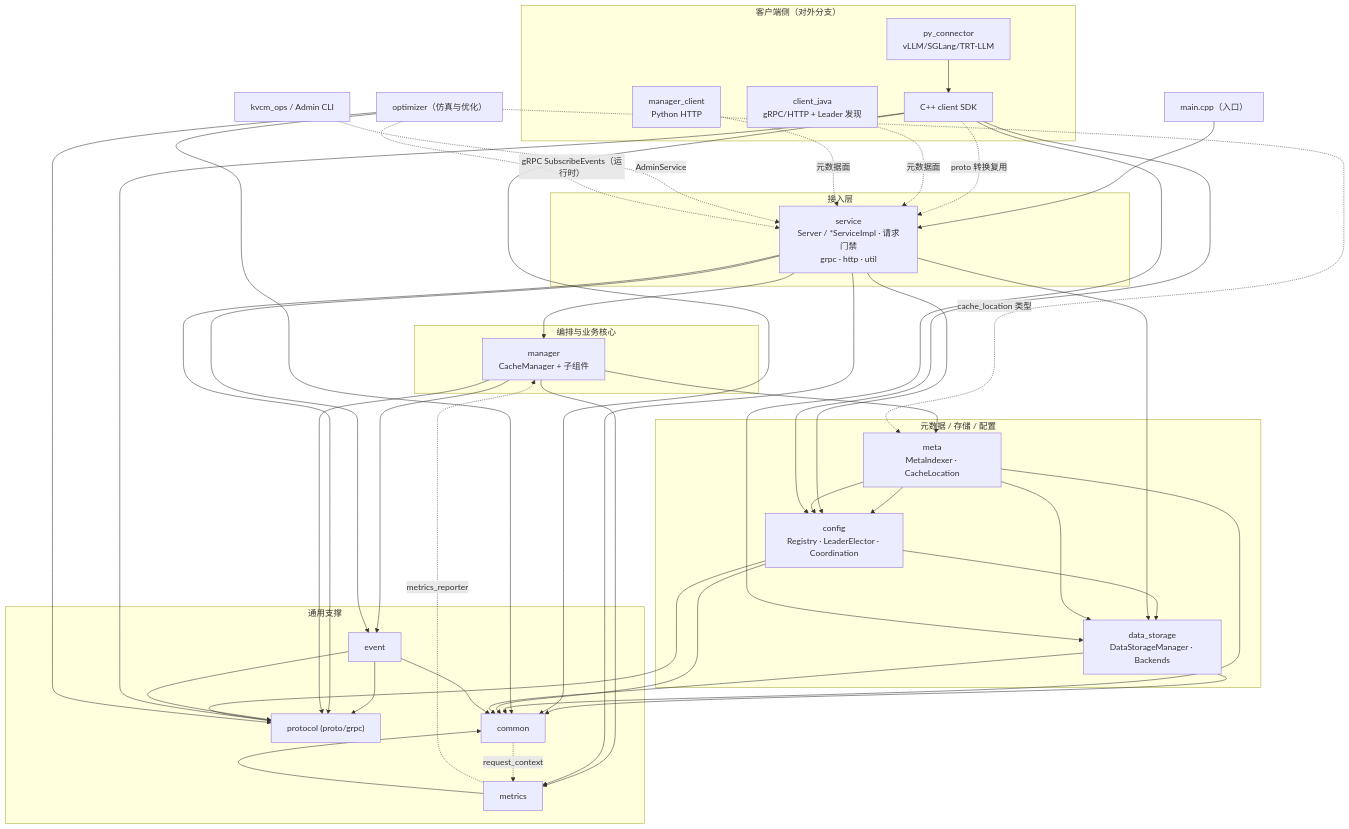
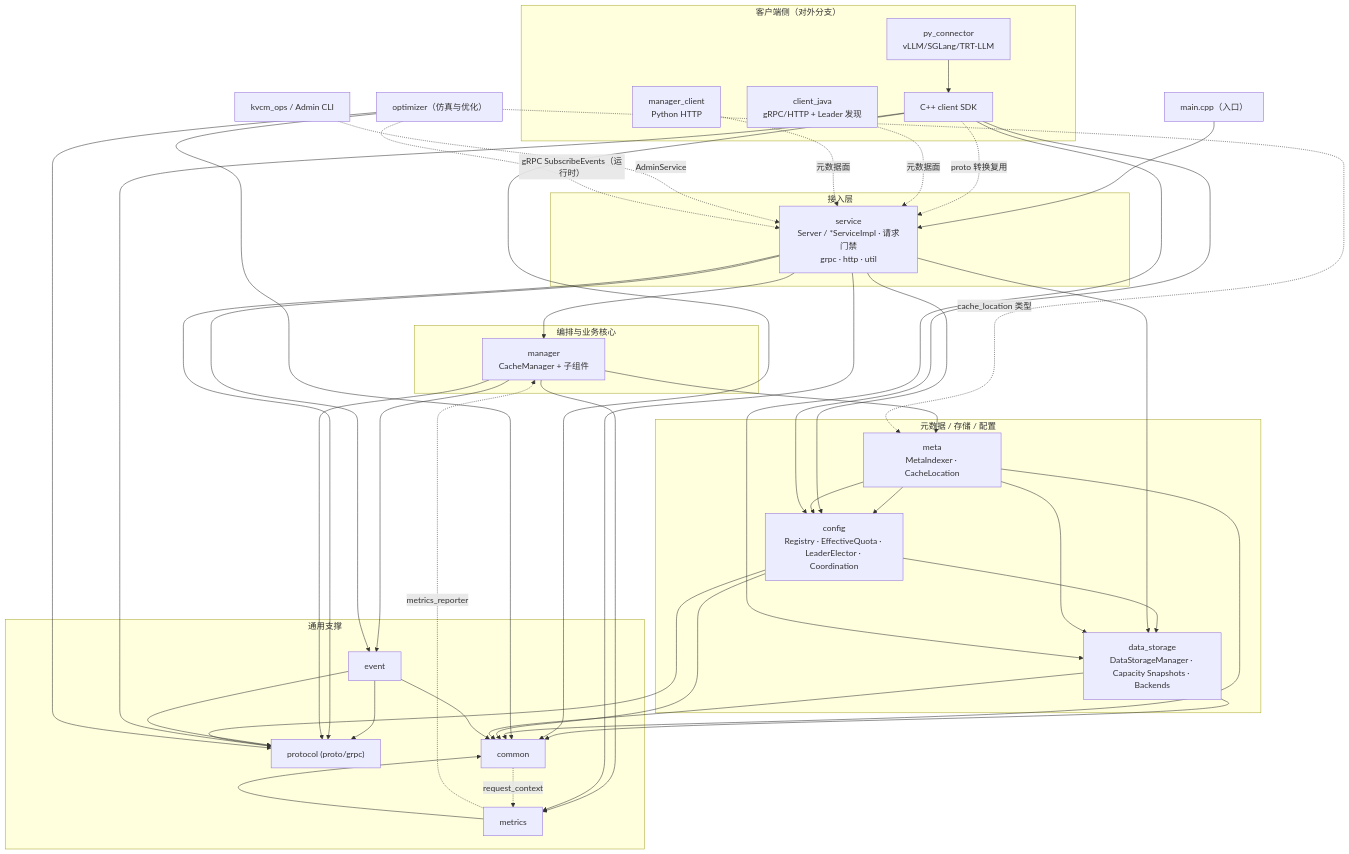
The first of 3 diagrams in docs/design/module_architecture.md (alibaba/tair-kvcache), drawn with Mermaid before and after one commit. The commit also changed other lines of this file and 46 other files, not shown here.

First line of the commit message:
[manager] derive safe per-type quotas from backend capacity

```diff
--- a/docs/design/module_architecture.md
+++ b/docs/design/module_architecture.md
@@ -146,8 +146,8 @@
 
     subgraph dataplane["元数据 / 存储 / 配置"]
         meta["meta<br/>MetaIndexer · CacheLocation"]
-        config["config<br/>Registry · LeaderElector · Coordination"]
-        data_storage["data_storage<br/>DataStorageManager · Backends"]
+        config["config<br/>Registry · EffectiveQuota · LeaderElector · Coordination"]
+        data_storage["data_storage<br/>DataStorageManager · Capacity Snapshots · Backends"]
     end
 
     subgraph crosscut["通用支撑"]
```
